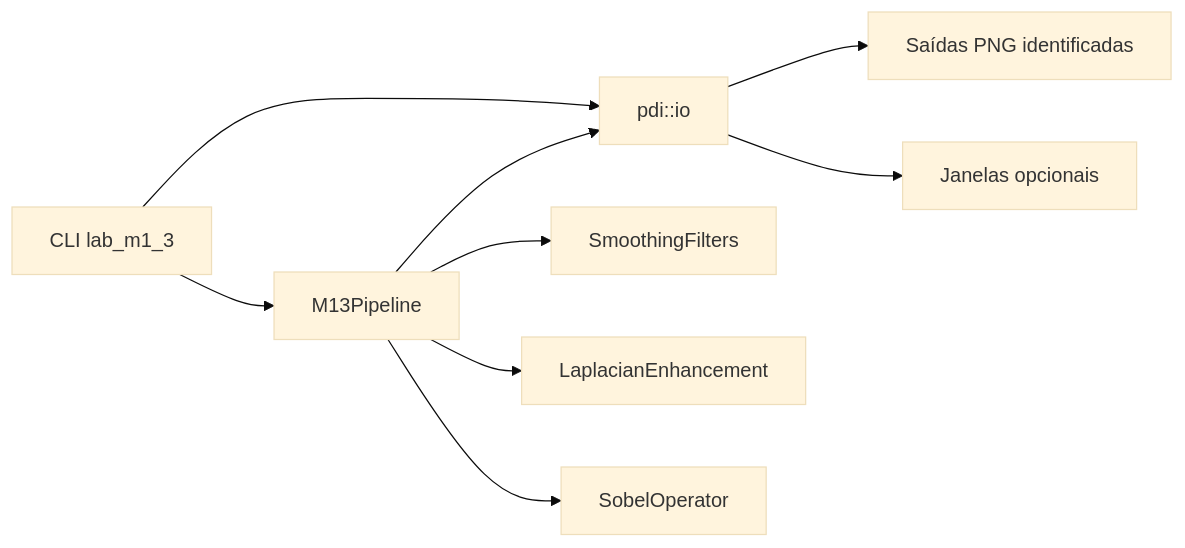
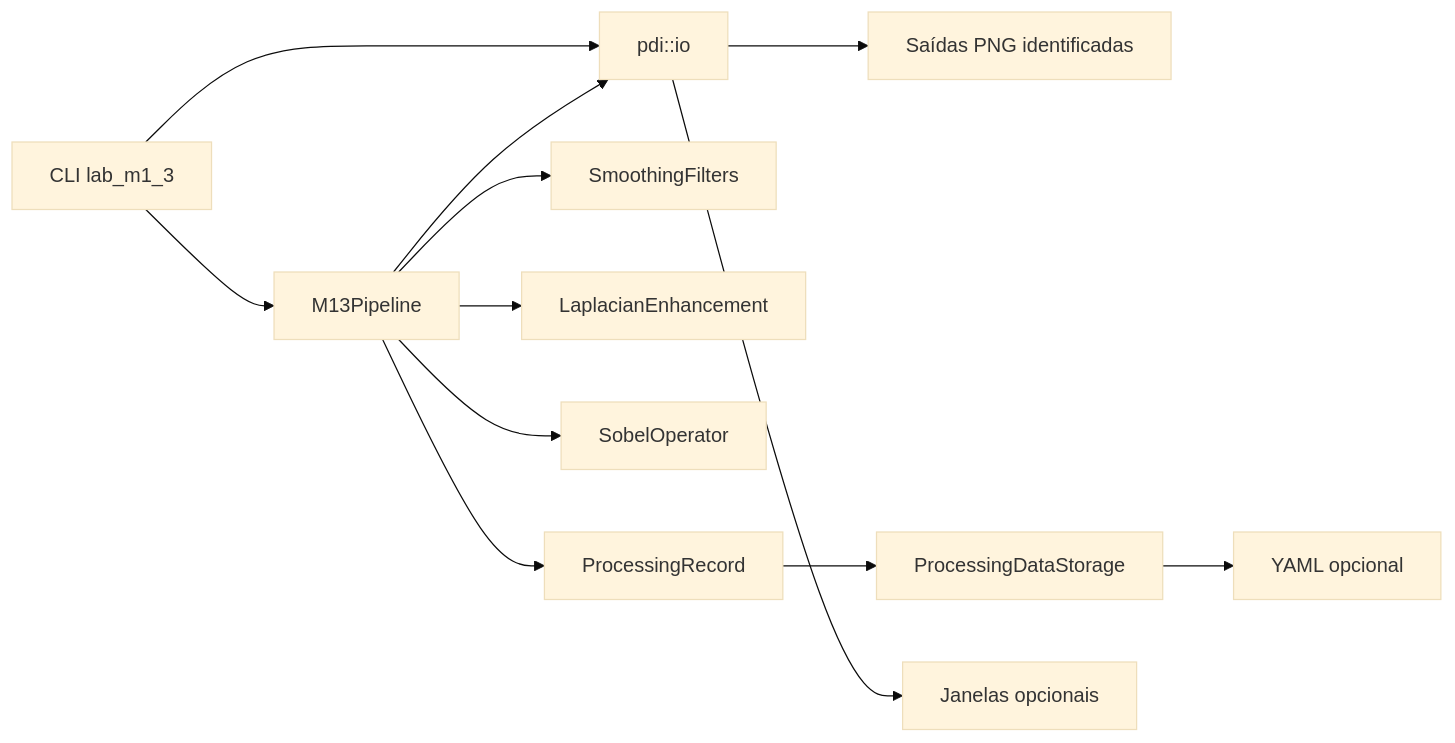
Before and after one commit to m4rc3lo/pdi-labs: the diagram in docs/labs/m1-3-integration.md, drawn with Mermaid (base theme). The commit also changed other lines of this file and 19 other files, not shown here.

Commit message:
feat: add YAML processing data persistence

````diff
--- a/docs/labs/m1-3-integration.md
+++ b/docs/labs/m1-3-integration.md
@@ -11,20 +11,24 @@
 ```mermaid
 flowchart LR
     CLI["CLI lab_m1_3"]
     IO["pdi::io"]
     Pipeline["M13Pipeline"]
     Smooth["SmoothingFilters"]
     Lap["LaplacianEnhancement"]
     Sobel["SobelOperator"]
     Files["Saídas PNG identificadas"]
+    Record["ProcessingRecord"]
+    Data["ProcessingDataStorage"]
+    YAML["YAML opcional"]
     GUI["Janelas opcionais"]
 
     CLI --> IO
     CLI --> Pipeline
     Pipeline --> Smooth
     Pipeline --> Lap
     Pipeline --> Sobel
     Pipeline --> IO
+    Pipeline --> Record --> Data --> YAML
     IO --> Files
     IO --> GUI
 ```
````
